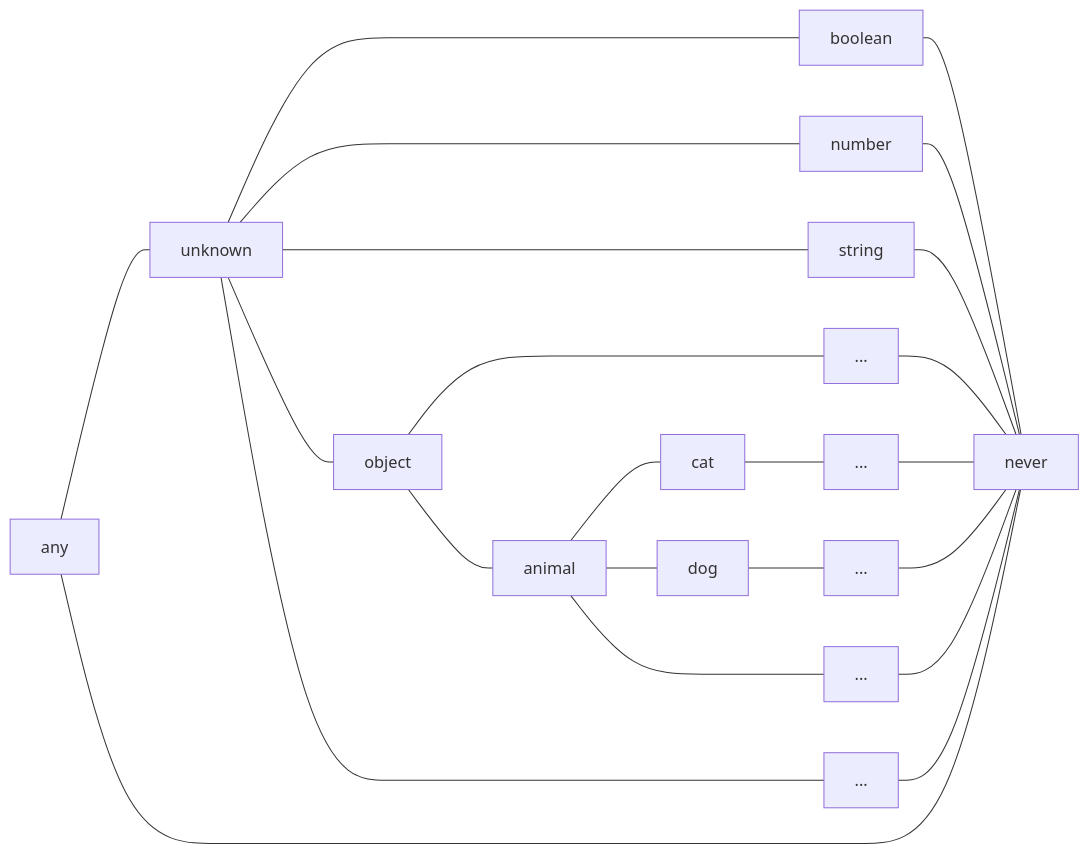
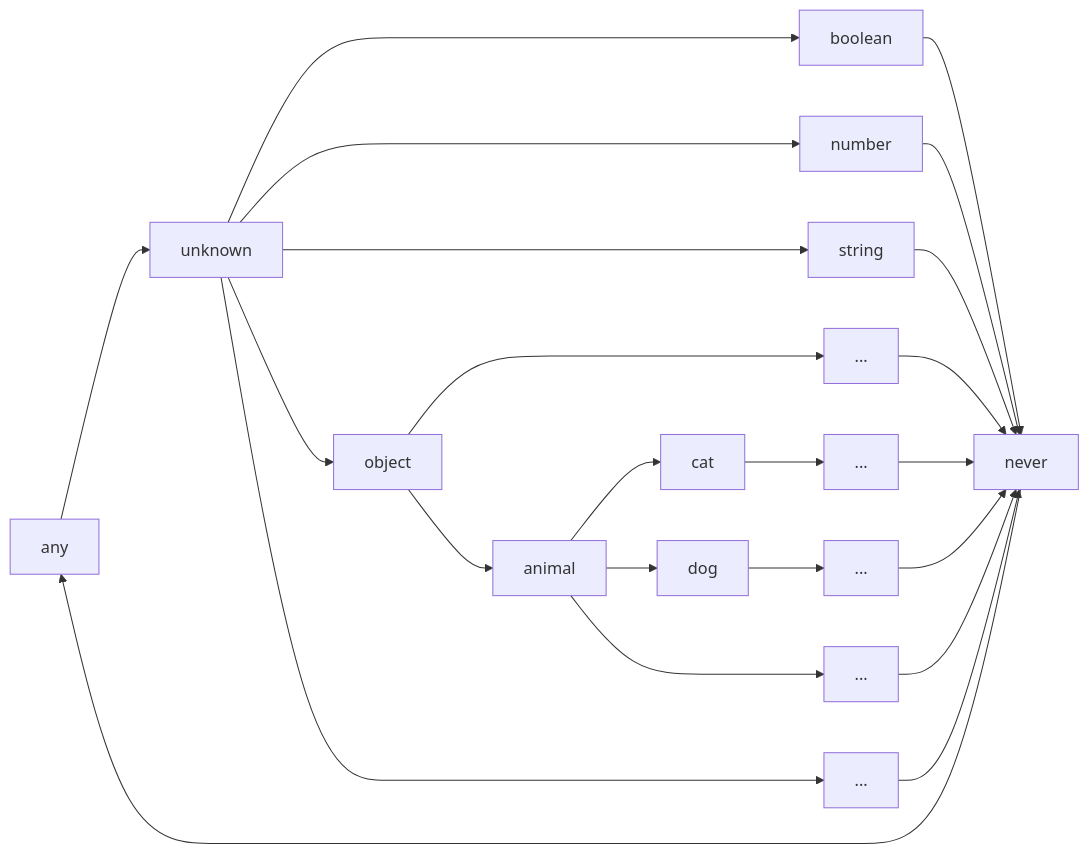
One commit to iplaylf2/JavaScript-Articles changed the diagram in 我在 typescript 写柯里化用到的类型经验/graph.md. Above: the diagram before and after it, drawn with Mermaid. The commit also changed 1 other file, not shown here.

Commit message:
just save

````diff
--- a/我在 typescript 写柯里化用到的类型经验/graph.md
+++ b/我在 typescript 写柯里化用到的类型经验/graph.md
@@ -1,19 +1,19 @@
 ```mermaid
 flowchart LR
 
-  any --- unknown 
+  any --> unknown 
 
-  unknown --- boolean --- never
-  unknown --- number --- never
-  unknown --- string --- never
-  unknown --- object --- x1[...] --- never
-  unknown --- x2[...] --- never
+  unknown --> boolean --> never
+  unknown --> number --> never
+  unknown --> string --> never
+  unknown --> object --> x1[...] --> never
+  unknown --> x2[...] --> never
 
-  object --- animal
-  animal --- cat --- x3[...] --- never
-  animal --- dog --- x4[...] --- never
-  animal --- x5[...] --- never
+  object --> animal
+  animal --> cat --> x3[...] --> never
+  animal --> dog --> x4[...] --> never
+  animal --> x5[...] --> never
 
-  never --- any
+  never --> any
 
 ```
````
